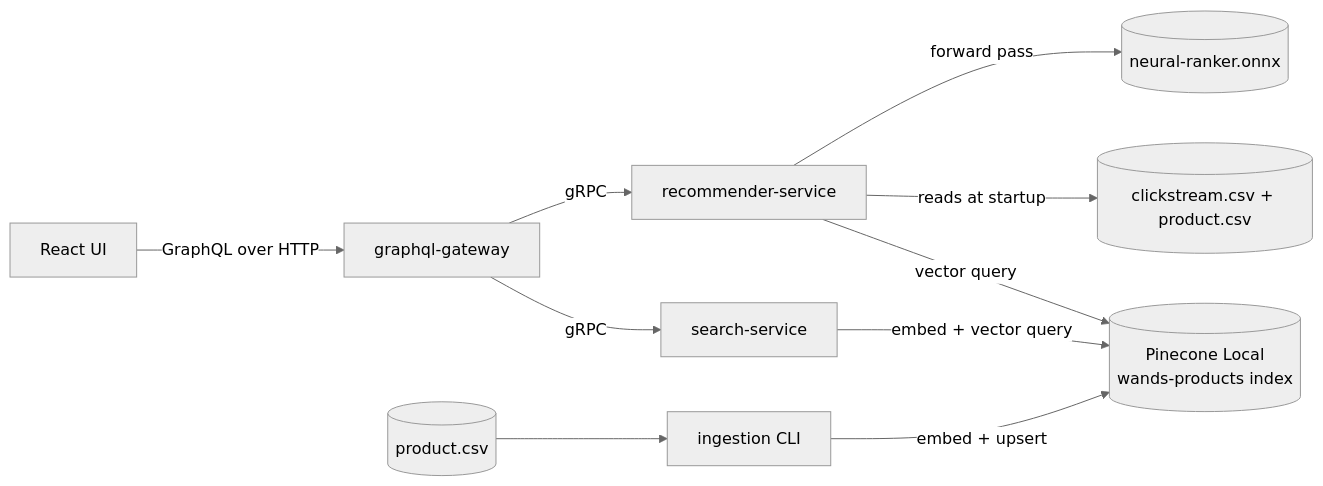
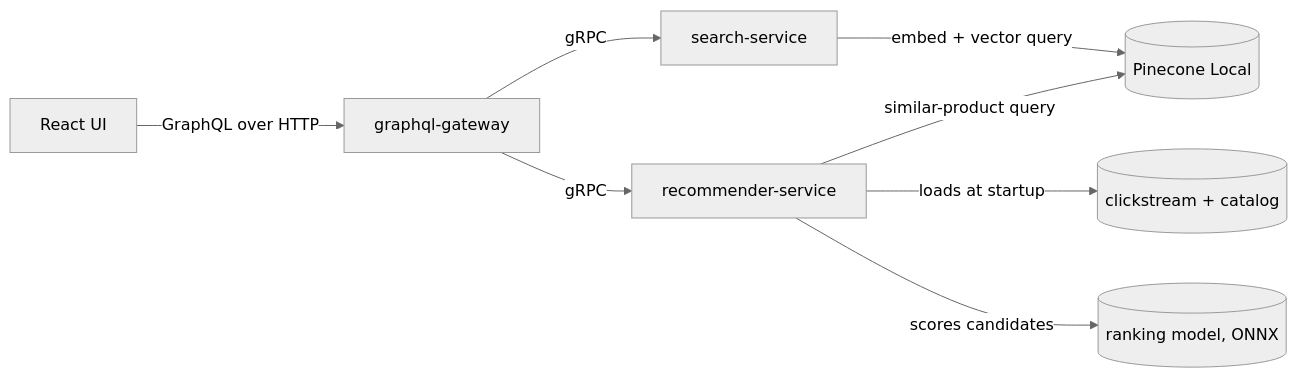
The diagram in README.md (avantiwhenever/recommendation-engine), drawn with Mermaid (neutral theme) before and after one commit. The commit also changed other lines of this file and 8 other files, not shown here.

````diff
--- a/README.md
+++ b/README.md
@@ -176,12 +41,10 @@
 ```mermaid
 flowchart LR
     ui[React UI] -- GraphQL over HTTP --> gw[graphql-gateway]
     gw -- gRPC --> ss[search-service]
     gw -- gRPC --> rs[recommender-service]
-    ss -- embed + vector query --> pc[(Pinecone Local<br/>wands-products index)]
-    rs -- vector query --> pc
-    rs -- reads at startup --> cs[(clickstream.csv + product.csv)]
-    rs -- forward pass --> onnx[(neural-ranker.onnx)]
-    ingest[ingestion CLI] -- embed + upsert --> pc
-    wands[(product.csv)] --> ingest
+    ss -- embed + vector query --> pc[(Pinecone Local)]
+    rs -- similar-product query --> pc
+    rs -- loads at startup --> cs[(clickstream + catalog)]
+    rs -- scores candidates --> onnx[(ranking model, ONNX)]
 ```
````
